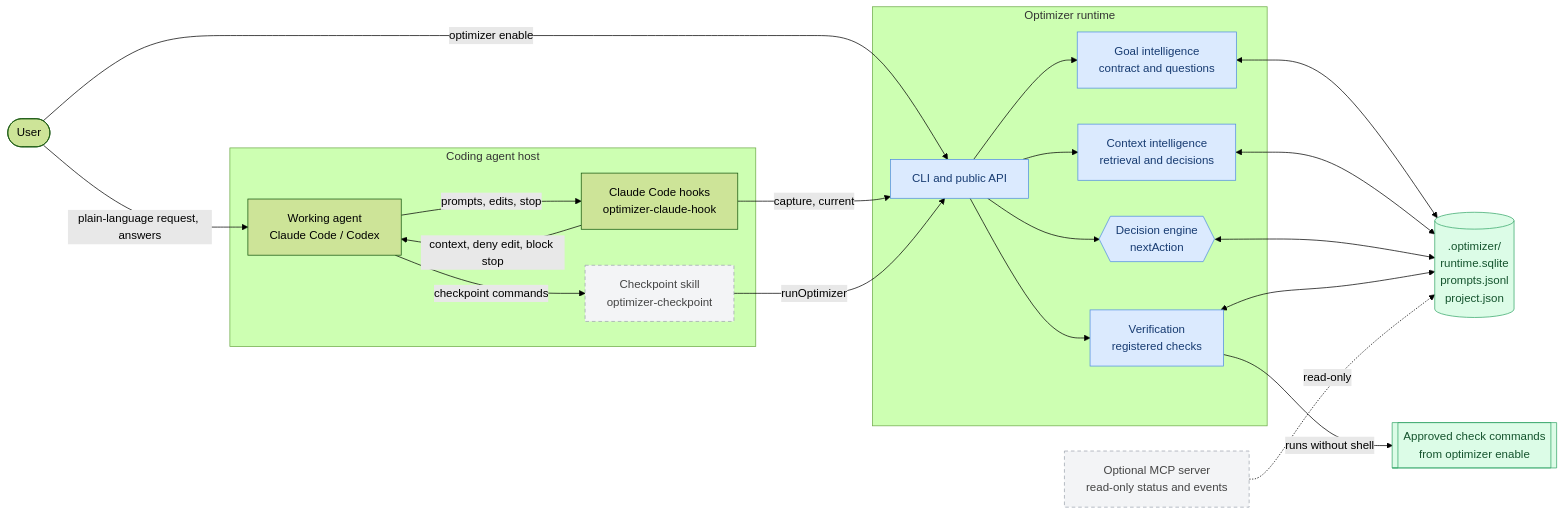
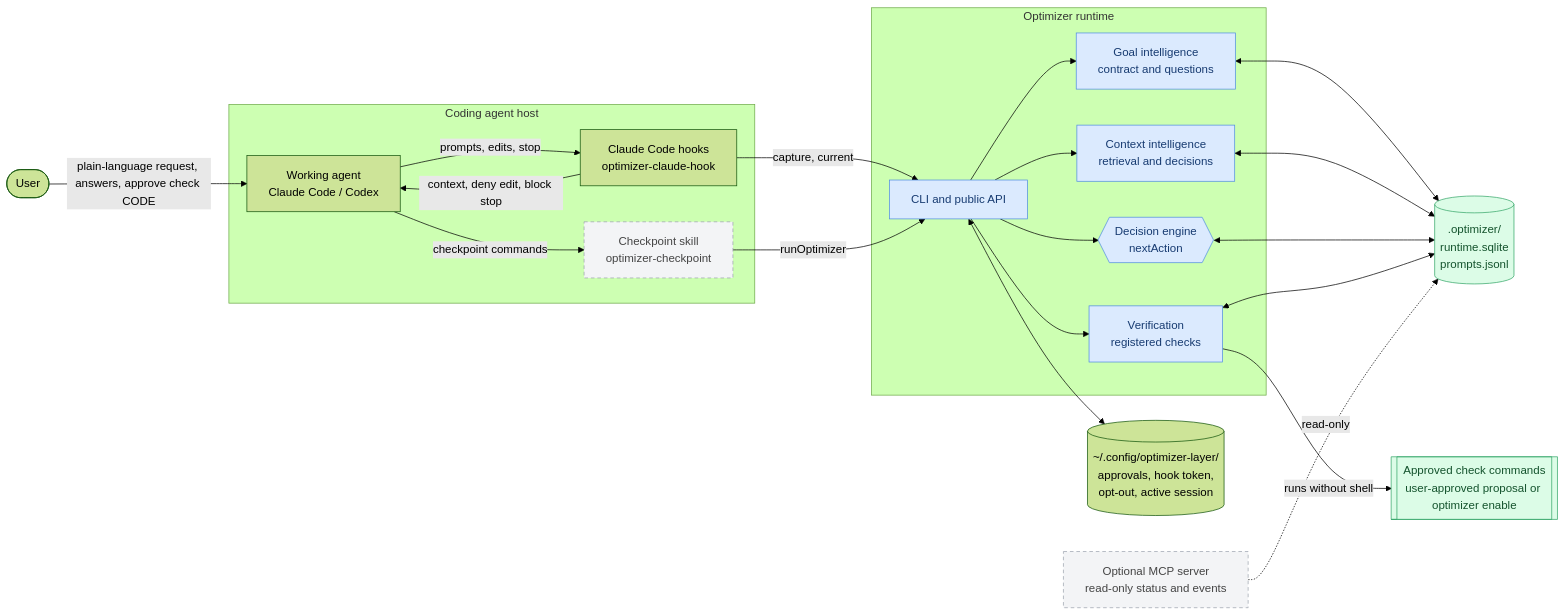
The first of 2 diagrams in README.md (Ak1Ena/optimizer-layer), drawn with Mermaid (forest theme) before and after one commit. The commit also changed other lines of this file and 18 other files, not shown here.

````diff
--- a/README.md
+++ b/README.md
@@ -88,38 +85,39 @@
 ```mermaid
 flowchart LR
   user([User])
   subgraph host[Coding agent host]
     agent[Working agent<br/>Claude Code / Codex]
     hooks[Claude Code hooks<br/>optimizer-claude-hook]
     skill[Checkpoint skill<br/>optimizer-checkpoint]
   end
   subgraph runtime[Optimizer runtime]
     cli[CLI and public API]
     goal[Goal intelligence<br/>contract and questions]
     context[Context intelligence<br/>retrieval and decisions]
     engine{{Decision engine<br/>nextAction}}
     verify[Verification<br/>registered checks]
   end
-  store[(.optimizer/<br/>runtime.sqlite<br/>prompts.jsonl<br/>project.json)]
+  store[(.optimizer/<br/>runtime.sqlite<br/>prompts.jsonl)]
+  userstore[(~/.config/optimizer-layer/<br/>approvals, hook token,<br/>opt-out, active session)]
   mcp[Optional MCP server<br/>read-only status and events]
-  checks[[Approved check commands<br/>from optimizer enable]]
+  checks[[Approved check commands<br/>user-approved proposal or optimizer enable]]
 
-  user -- plain-language request, answers --> agent
-  user -- optimizer enable --> cli
+  user -- plain-language request, answers, approve check CODE --> agent
   agent -- prompts, edits, stop --> hooks
   agent -- checkpoint commands --> skill
   hooks -- capture, current --> cli
   skill -- runOptimizer --> cli
   cli --> goal & context & engine & verify
   verify -- runs without shell --> checks
   goal & context & engine & verify <--> store
+  cli <--> userstore
   mcp -. read-only .-> store
   hooks -- context, deny edit, block stop --> agent
 
   classDef core fill:#dbeafe,stroke:#508de0,color:#173b71
   classDef optional fill:#f3f4f6,stroke:#9ca3af,color:#444,stroke-dasharray:5 4
   classDef data fill:#dcfce7,stroke:#35a669,color:#14532d
   class cli,goal,context,engine,verify core
   class mcp,skill optional
   class store,checks data
 ```
````
